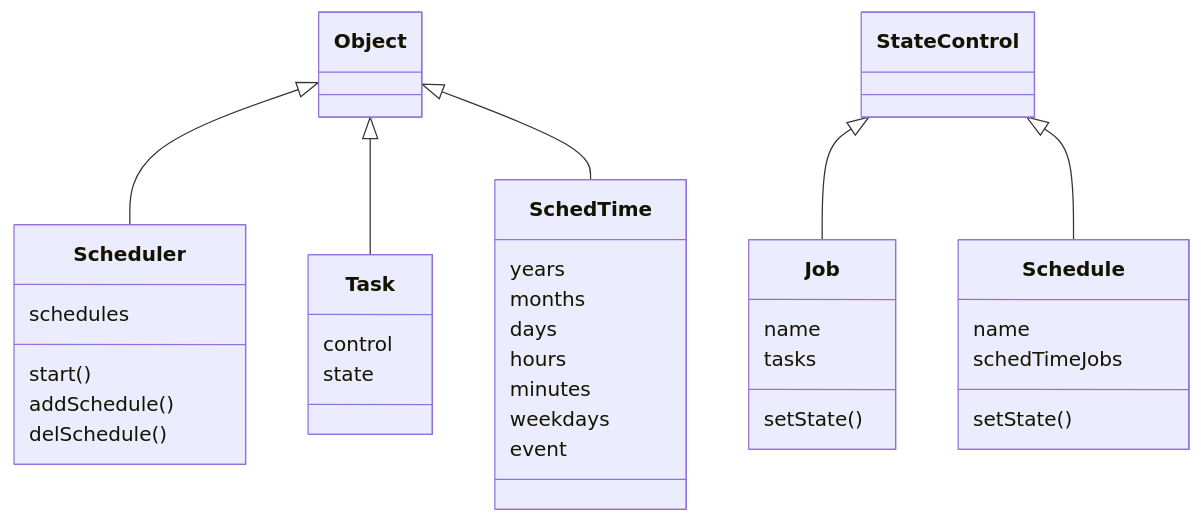
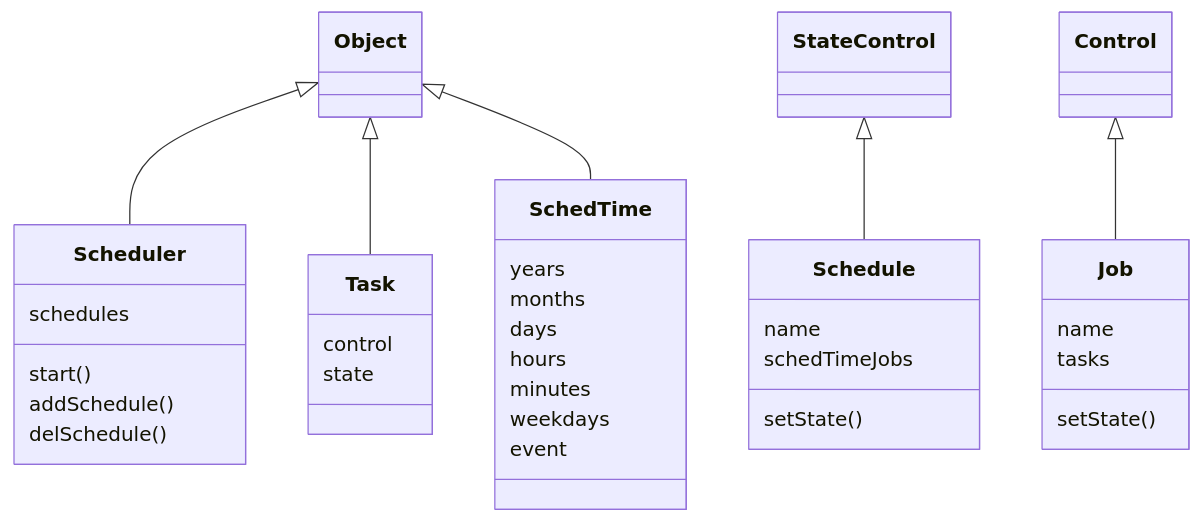
The diagram in docs/README.scheduler.md (jbuehl/homealone), drawn with Mermaid before and after one commit. The commit also changed other lines of this file, not shown here.

````diff
--- a/docs/README.scheduler.md
+++ b/docs/README.scheduler.md
@@ -8,27 +8,27 @@
 ```mermaid
 classDiagram
 	Object <|-- Scheduler
-	StateControl <|-- Job
 	StateControl <|-- Schedule
+	Control <|-- Job
 	Object <|-- Task
 	Object <|-- SchedTime
 	Scheduler: schedules
 	Scheduler: start()
 	Scheduler: addSchedule()
 	Scheduler: delSchedule()
 	Schedule: name
 	Schedule: schedTimeJobs
 	Schedule: setState()
 	Job: name
 	Job: tasks
 	Job: setState()
 	Task: control
 	Task: state
 	SchedTime: years
 	SchedTime: months
 	SchedTime: days
 	SchedTime: hours
 	SchedTime: minutes
 	SchedTime: weekdays
 	SchedTime: event
 ```
````
